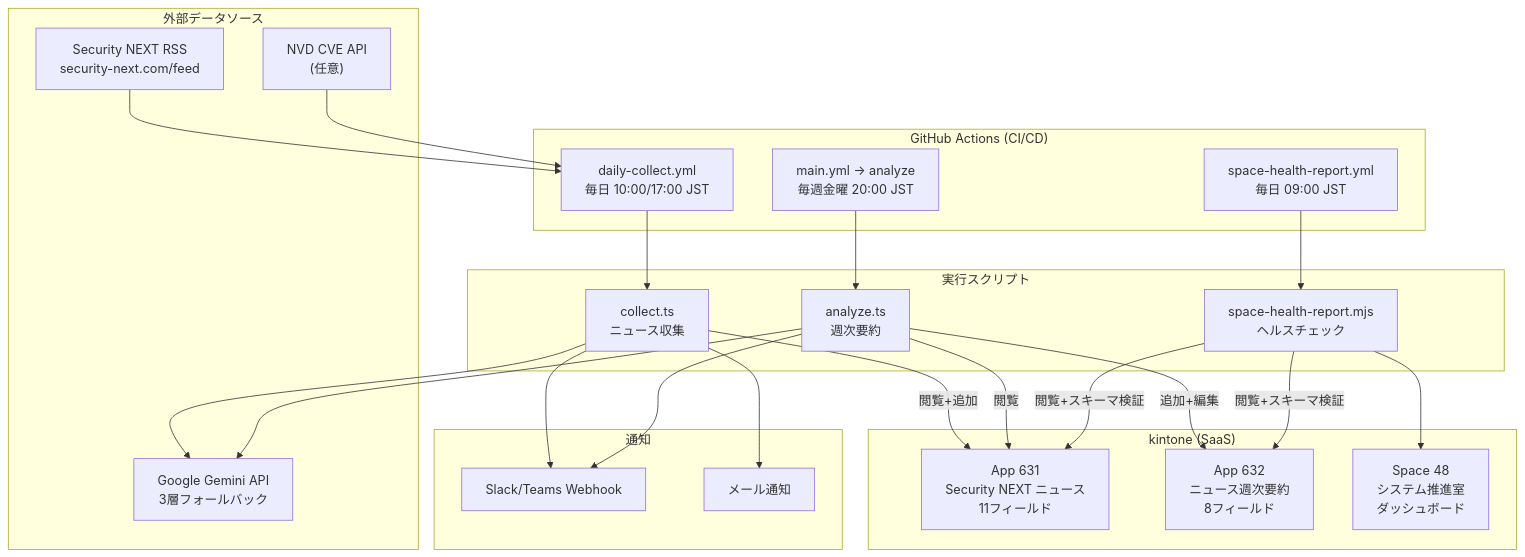
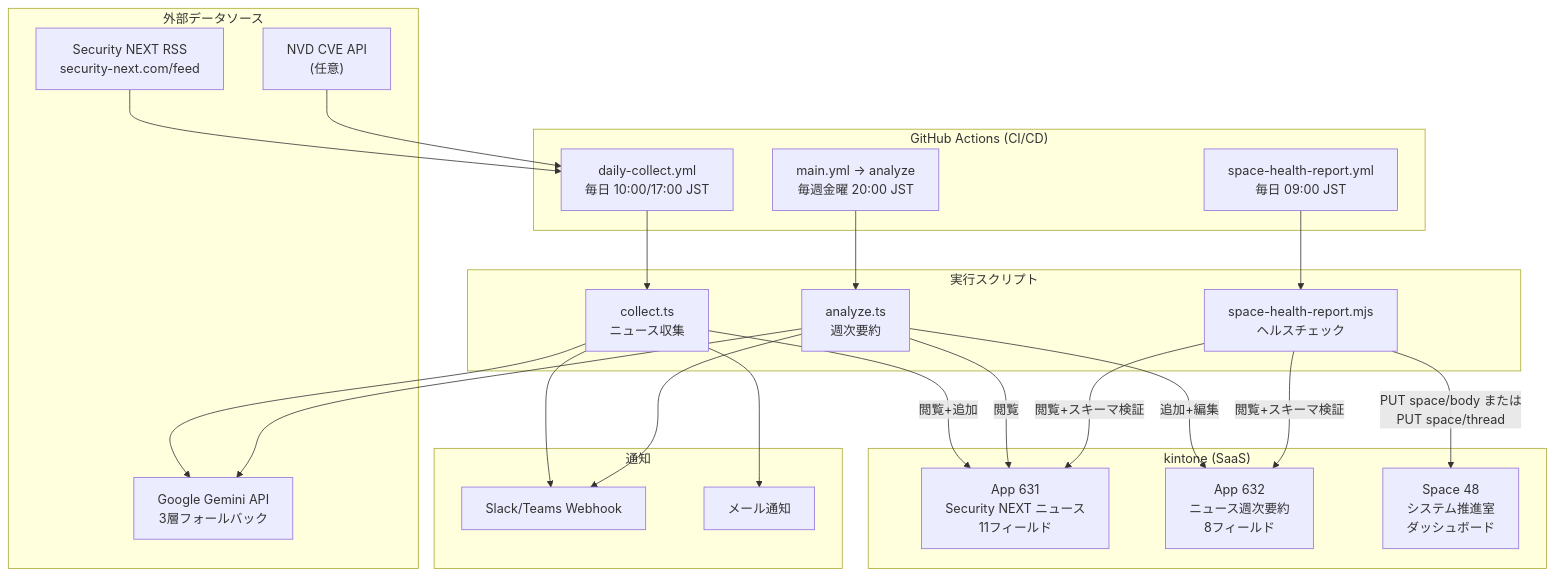
The first of 6 diagrams in docs/final-architecture.md (mhamad4968/GitHub-Actions), drawn with Mermaid before and after one commit. The commit also changed 9 other files, not shown here.

First line of the commit message:
feat(space-health): sync health report to kintone space/thread body

````diff
--- a/docs/final-architecture.md
+++ b/docs/final-architecture.md
@@ -11,51 +11,51 @@
 ```mermaid
 graph TB
     subgraph "外部データソース"
         RSS["Security NEXT RSS<br/>security-next.com/feed"]
         NVD["NVD CVE API<br/>(任意)"]
         GEMINI["Google Gemini API<br/>3層フォールバック"]
     end
 
     subgraph "GitHub Actions (CI/CD)"
         COLLECT["daily-collect.yml<br/>毎日 10:00/17:00 JST"]
         ANALYZE["main.yml → analyze<br/>毎週金曜 20:00 JST"]
         HEALTH["space-health-report.yml<br/>毎日 09:00 JST"]
     end
 
     subgraph "実行スクリプト"
         CTS["collect.ts<br/>ニュース収集"]
         ATS["analyze.ts<br/>週次要約"]
         HRS["space-health-report.mjs<br/>ヘルスチェック"]
     end
 
     subgraph "kintone (SaaS)"
         APP631["App 631<br/>Security NEXT ニュース<br/>11フィールド"]
         APP632["App 632<br/>ニュース週次要約<br/>8フィールド"]
         SPACE48["Space 48<br/>システム推進室<br/>ダッシュボード"]
     end
 
     subgraph "通知"
         WEBHOOK["Slack/Teams Webhook"]
         EMAIL["メール通知"]
     end
 
     RSS --> COLLECT
     NVD --> COLLECT
     COLLECT --> CTS
     CTS -->|"閲覧+追加"| APP631
     CTS --> GEMINI
 
     ANALYZE --> ATS
     ATS -->|"閲覧"| APP631
     ATS -->|"追加+編集"| APP632
     ATS --> GEMINI
 
     HEALTH --> HRS
     HRS -->|"閲覧+スキーマ検証"| APP631
     HRS -->|"閲覧+スキーマ検証"| APP632
-    HRS --> SPACE48
+    HRS -->|"PUT space/body または<br/>PUT space/thread"| SPACE48
 
     CTS --> WEBHOOK
     CTS --> EMAIL
     ATS --> WEBHOOK
 ```
````
